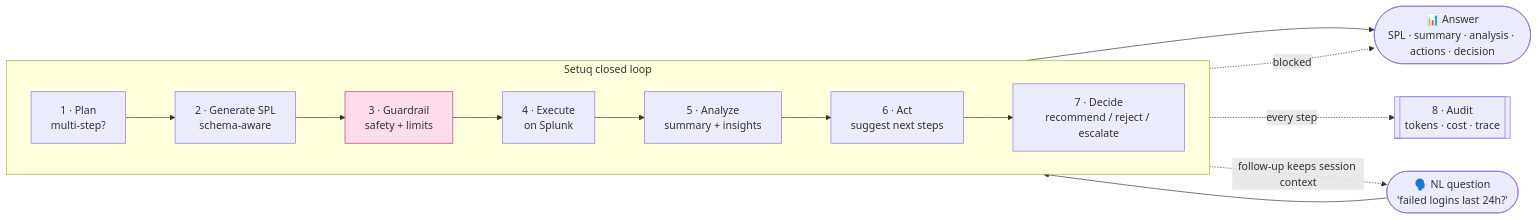
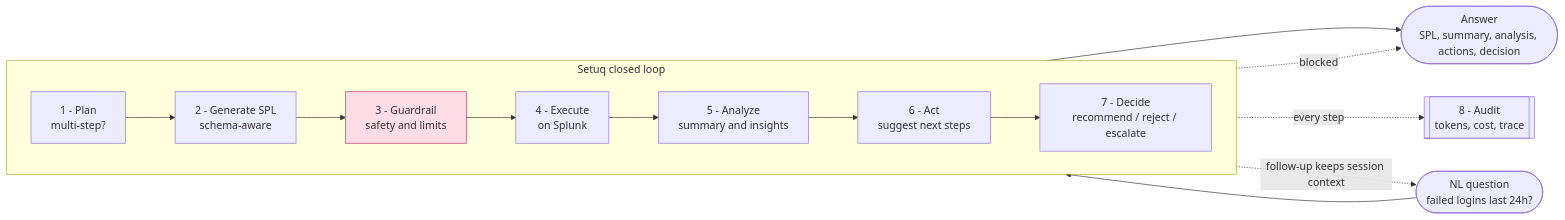
The first of 3 diagrams in README.md (setuq-in/setuq), drawn with Mermaid before and after one commit. The commit also changed other lines of this file, not shown here.

````diff
--- a/README.md
+++ b/README.md
@@ -73,28 +73,28 @@
 ```mermaid
 flowchart LR
-    Q(["🗣️ NL question<br/>'failed logins last 24h?'"])
+    Q(["NL question<br/>failed logins last 24h?"])
 
     subgraph LOOP["Setuq closed loop"]
         direction LR
-        P["1 · Plan<br/>multi-step?"]
-        G["2 · Generate SPL<br/>schema-aware"]
-        GR["3 · Guardrail<br/>safety + limits"]
-        E["4 · Execute<br/>on Splunk"]
-        AN["5 · Analyze<br/>summary + insights"]
-        AC["6 · Act<br/>suggest next steps"]
-        D["7 · Decide<br/>recommend / reject / escalate"]
+        P["1 - Plan<br/>multi-step?"]
+        G["2 - Generate SPL<br/>schema-aware"]
+        GR["3 - Guardrail<br/>safety and limits"]
+        E["4 - Execute<br/>on Splunk"]
+        AN["5 - Analyze<br/>summary and insights"]
+        AC["6 - Act<br/>suggest next steps"]
+        D["7 - Decide<br/>recommend / reject / escalate"]
         P --> G --> GR --> E --> AN --> AC --> D
     end
 
-    A[["8 · Audit<br/>tokens · cost · trace"]]
-    R(["📊 Answer<br/>SPL · summary · analysis · actions · decision"])
+    A[["8 - Audit<br/>tokens, cost, trace"]]
+    R(["Answer<br/>SPL, summary, analysis, actions, decision"])
 
     Q --> P
     D --> R
-    D -. "every step" .-> A
-    GR -. "blocked" .-> R
-    D -. "follow-up keeps session context" .-> Q
+    D -.->|every step| A
+    GR -.->|blocked| R
+    D -.->|follow-up keeps session context| Q
 
-    classDef stop fill:#fde,stroke:#b36
+    classDef stop fill:#ffdde6,stroke:#b3366b
     class GR stop
 ```
````
